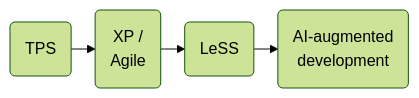
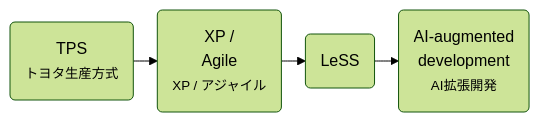
One commit to terryyin/terry-talks changed the first of 3 diagrams in slides/tps-and-ai/slides.md. Above: the diagram before and after it, drawn with Mermaid (forest theme). The commit also changed other lines of this file and 3 other files, not shown here.

````diff
--- a/slides/tps-and-ai/slides.md
+++ b/slides/tps-and-ai/slides.md
@@ -98,11 +115,11 @@
 ```mermaid {scale: 0.9}
 %%{init: {'flowchart': {'rankSpacing': 24, 'nodeSpacing': 20}}}%%
 flowchart LR
-  TPS(TPS)
-  XP(XP /<br>Agile)
+  TPS(TPS<br><small>トヨタ生産方式</small>)
+  XP(XP /<br>Agile<br><small>XP / アジャイル</small>)
   LESS(LeSS)
-  AI(AI-augmented<br>development)
+  AI(AI-augmented<br>development<br><small>AI拡張開発</small>)
 
   TPS --> XP --> LESS --> AI
   class AI accent
 ```
````
